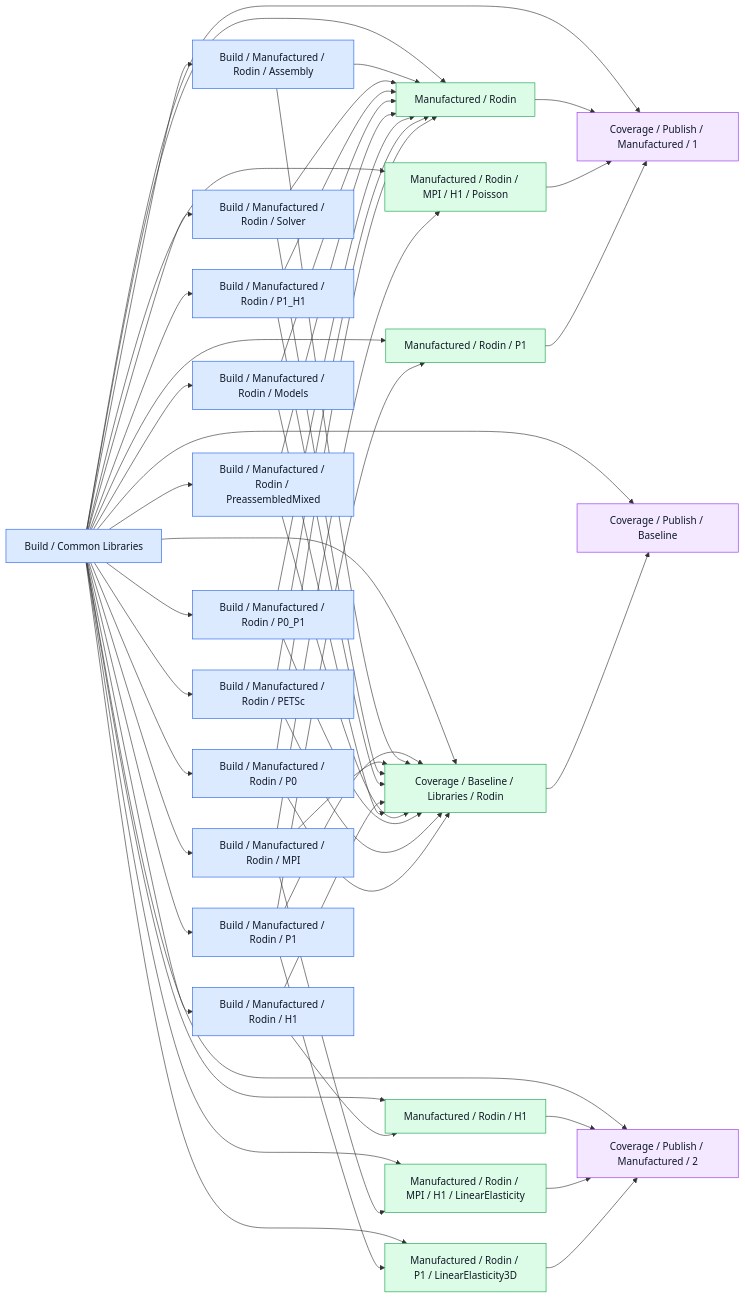
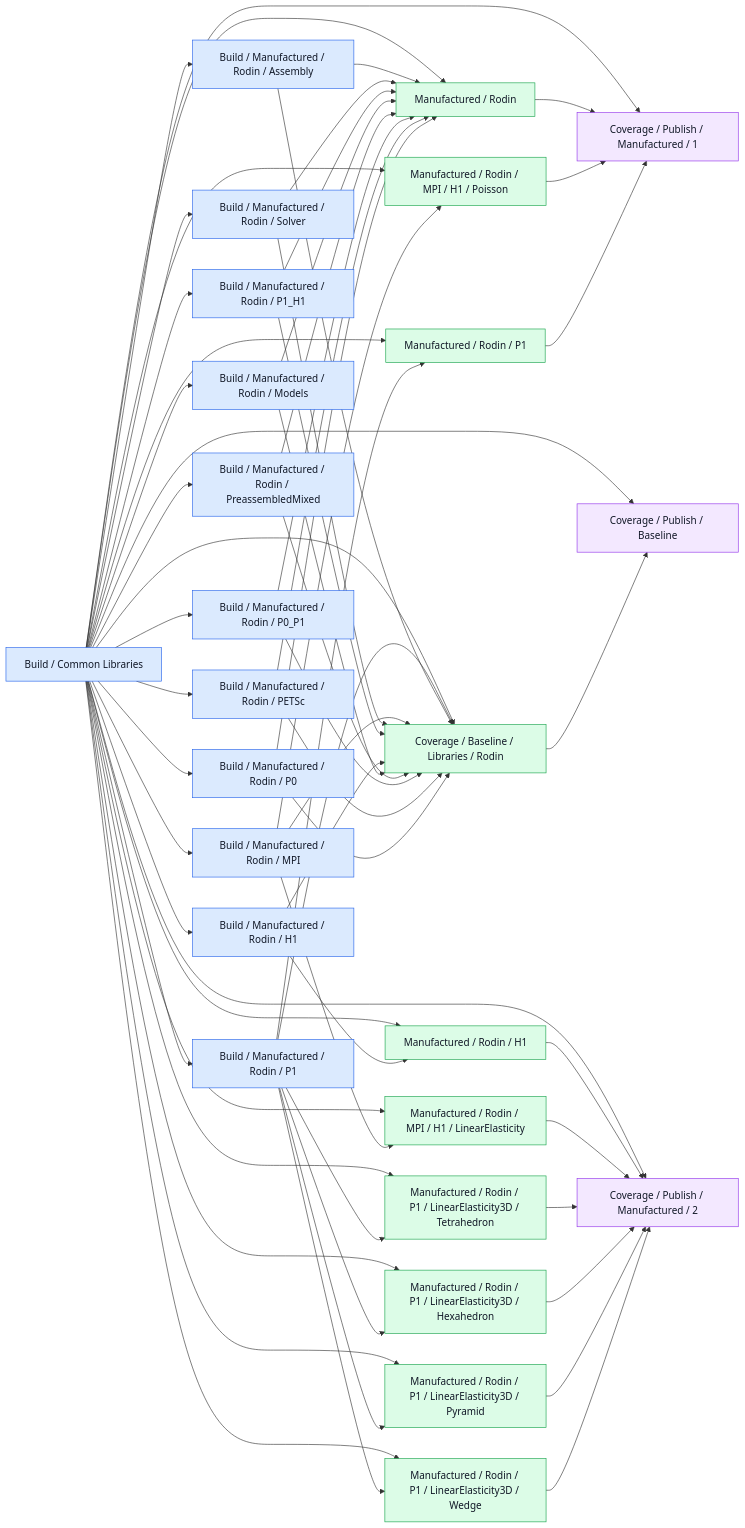
The diagram in .github/ci/graphs/default_coverage.md (cbritopacheco/rodin), drawn with Mermaid before and after one commit. The commit also changed 18 other files, not shown here.

Commit message:
Partition sanitizer builds and elasticity execution within runner limits

```diff
--- a/.github/ci/graphs/default_coverage.md
+++ b/.github/ci/graphs/default_coverage.md
@@ -22,13 +22,16 @@
     b_c73f1c5dc55cbb1f["Build / Manufactured / Rodin / PETSc"]:::build
     b_832be36f07ba17e2["Build / Manufactured / Rodin / PreassembledMixed"]:::build
     b_40fe281c3dcd857e["Build / Manufactured / Rodin / Solver"]:::build
+    e_0a7142552b7731b0["Manufactured / Rodin / P1 / LinearElasticity3D / Wedge"]:::execution
     e_1e60a7246d24bcf4["Manufactured / Rodin"]:::execution
+    e_26efa33aa070421f["Manufactured / Rodin / P1 / LinearElasticity3D / Pyramid"]:::execution
     e_58bfd15ee9417aa2["Manufactured / Rodin / H1"]:::execution
     e_8e1d1dc208212471["Manufactured / Rodin / MPI / H1 / LinearElasticity"]:::execution
+    e_b1c9dda0fed5eaab["Manufactured / Rodin / P1 / LinearElasticity3D / Hexahedron"]:::execution
     e_b1dd47638d1bef42["Manufactured / Rodin / P1"]:::execution
     e_b88223a2a372730c["Manufactured / Rodin / MPI / H1 / Poisson"]:::execution
+    e_d8dc993985b1c7e3["Manufactured / Rodin / P1 / LinearElasticity3D / Tetrahedron"]:::execution
     e_ec3565cfb8138ed9["Coverage / Baseline / Libraries / Rodin"]:::execution
-    e_fe559a2375c8bb17["Manufactured / Rodin / P1 / LinearElasticity3D"]:::execution
     Publish_baseline["Coverage / Publish / Baseline"]:::coverage
     Publish_manufactured_1["Coverage / Publish / Manufactured / 1"]:::coverage
     Publish_manufactured_2["Coverage / Publish / Manufactured / 2"]:::coverage
@@ -43,6 +46,8 @@
     Common --> b_c73f1c5dc55cbb1f
     Common --> b_832be36f07ba17e2
     Common --> b_40fe281c3dcd857e
+    Common --> e_0a7142552b7731b0
+    b_0dbff32f8c18754e --> e_0a7142552b7731b0
     Common --> e_1e60a7246d24bcf4
     b_1b3e09feff6d0310 --> e_1e60a7246d24bcf4
     b_40fe281c3dcd857e --> e_1e60a7246d24bcf4
@@ -52,14 +57,20 @@
     b_ae3ddeee44430a7b --> e_1e60a7246d24bcf4
     b_c73f1c5dc55cbb1f --> e_1e60a7246d24bcf4
     b_e96c266e7ada561e --> e_1e60a7246d24bcf4
+    Common --> e_26efa33aa070421f
+    b_0dbff32f8c18754e --> e_26efa33aa070421f
     Common --> e_58bfd15ee9417aa2
     b_4fc891bf60607765 --> e_58bfd15ee9417aa2
     Common --> e_8e1d1dc208212471
     b_22bdf11a32b1e59b --> e_8e1d1dc208212471
+    Common --> e_b1c9dda0fed5eaab
+    b_0dbff32f8c18754e --> e_b1c9dda0fed5eaab
     Common --> e_b1dd47638d1bef42
     b_0dbff32f8c18754e --> e_b1dd47638d1bef42
     Common --> e_b88223a2a372730c
     b_22bdf11a32b1e59b --> e_b88223a2a372730c
+    Common --> e_d8dc993985b1c7e3
+    b_0dbff32f8c18754e --> e_d8dc993985b1c7e3
     Common --> e_ec3565cfb8138ed9
     b_0dbff32f8c18754e --> e_ec3565cfb8138ed9
     b_1b3e09feff6d0310 --> e_ec3565cfb8138ed9
@@ -72,8 +83,6 @@
     b_ae3ddeee44430a7b --> e_ec3565cfb8138ed9
     b_c73f1c5dc55cbb1f --> e_ec3565cfb8138ed9
     b_e96c266e7ada561e --> e_ec3565cfb8138ed9
-    Common --> e_fe559a2375c8bb17
-    b_0dbff32f8c18754e --> e_fe559a2375c8bb17
     Common --> Publish_baseline
     e_ec3565cfb8138ed9 --> Publish_baseline
     Common --> Publish_manufactured_1
@@ -83,7 +92,10 @@
     Common --> Publish_manufactured_2
     e_58bfd15ee9417aa2 --> Publish_manufactured_2
     e_8e1d1dc208212471 --> Publish_manufactured_2
-    e_fe559a2375c8bb17 --> Publish_manufactured_2
+    e_d8dc993985b1c7e3 --> Publish_manufactured_2
+    e_b1c9dda0fed5eaab --> Publish_manufactured_2
+    e_26efa33aa070421f --> Publish_manufactured_2
+    e_0a7142552b7731b0 --> Publish_manufactured_2
     classDef build fill:#dbeafe,stroke:#2563eb,color:#111827
     classDef execution fill:#dcfce7,stroke:#16a34a,color:#111827
     classDef coverage fill:#f3e8ff,stroke:#9333ea,color:#111827
```
